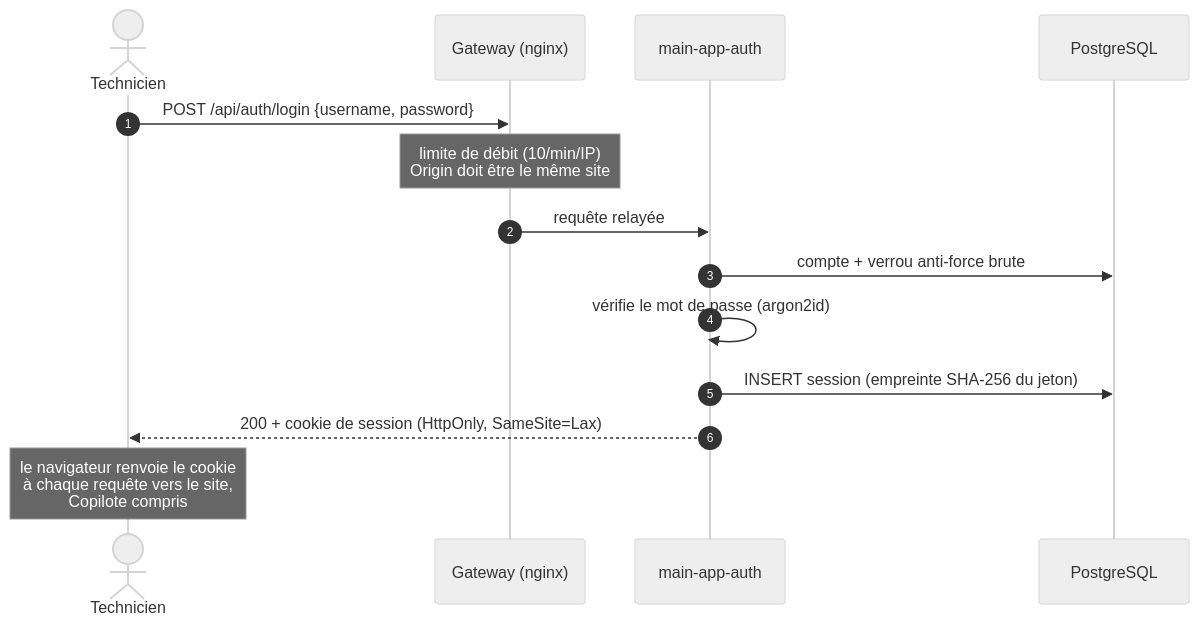
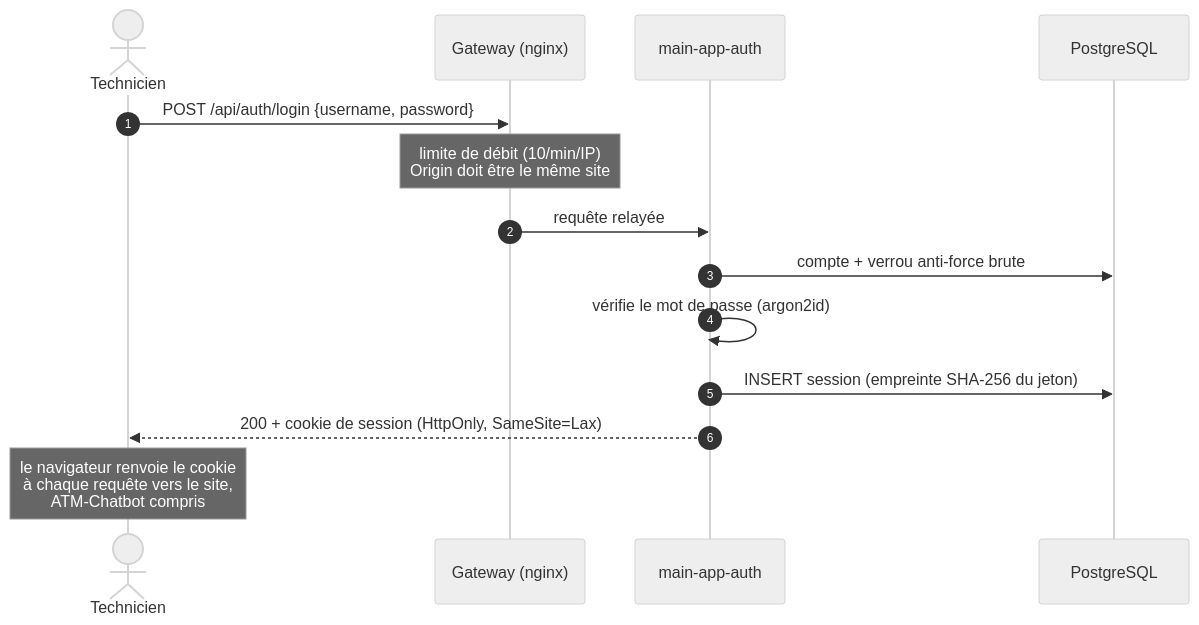
The second of 4 diagrams in docs/demarrage-et-connexions.md (kalinuxjohn-ctrl/atm-chatbot), drawn with Mermaid (neutral theme) before and after one commit. The commit also changed other lines of this file and 82 other files, not shown here.

First line of the commit message:
Rename Copilote/copilot to ATM-Chatbot/atm-chatbot everywhere

````diff
--- a/docs/demarrage-et-connexions.md
+++ b/docs/demarrage-et-connexions.md
@@ -237,17 +241,17 @@
 ```mermaid
 sequenceDiagram
     autonumber
     actor T as Technicien
     participant G as Gateway (nginx)
     participant A as main-app-auth
     participant DB as PostgreSQL
 
     T->>G: POST /api/auth/login {username, password}
     Note over G: limite de débit (10/min/IP)<br/>Origin doit être le même site
     G->>A: requête relayée
     A->>DB: compte + verrou anti-force brute
     A->>A: vérifie le mot de passe (argon2id)
     A->>DB: INSERT session (empreinte SHA-256 du jeton)
     A-->>T: 200 + cookie de session (HttpOnly, SameSite=Lax)
-    Note over T: le navigateur renvoie le cookie<br/>à chaque requête vers le site,<br/>Copilote compris
+    Note over T: le navigateur renvoie le cookie<br/>à chaque requête vers le site,<br/>ATM-Chatbot compris
 ```
````
